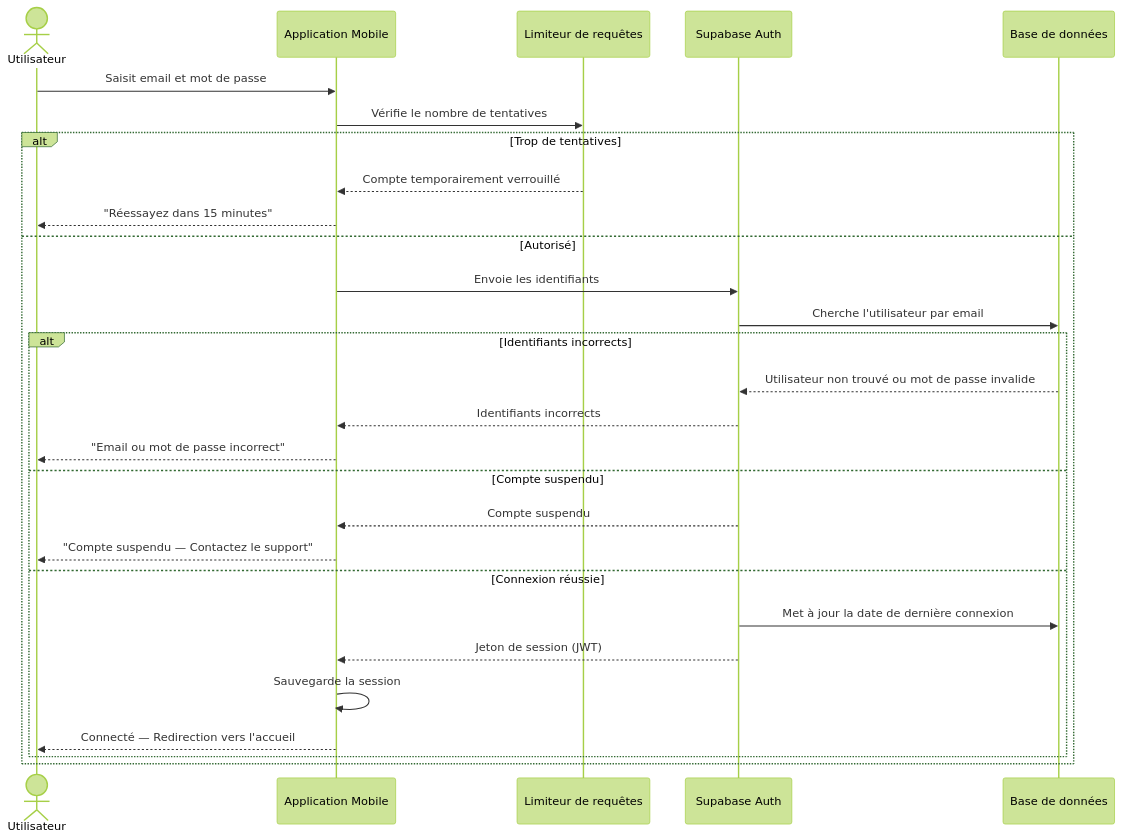
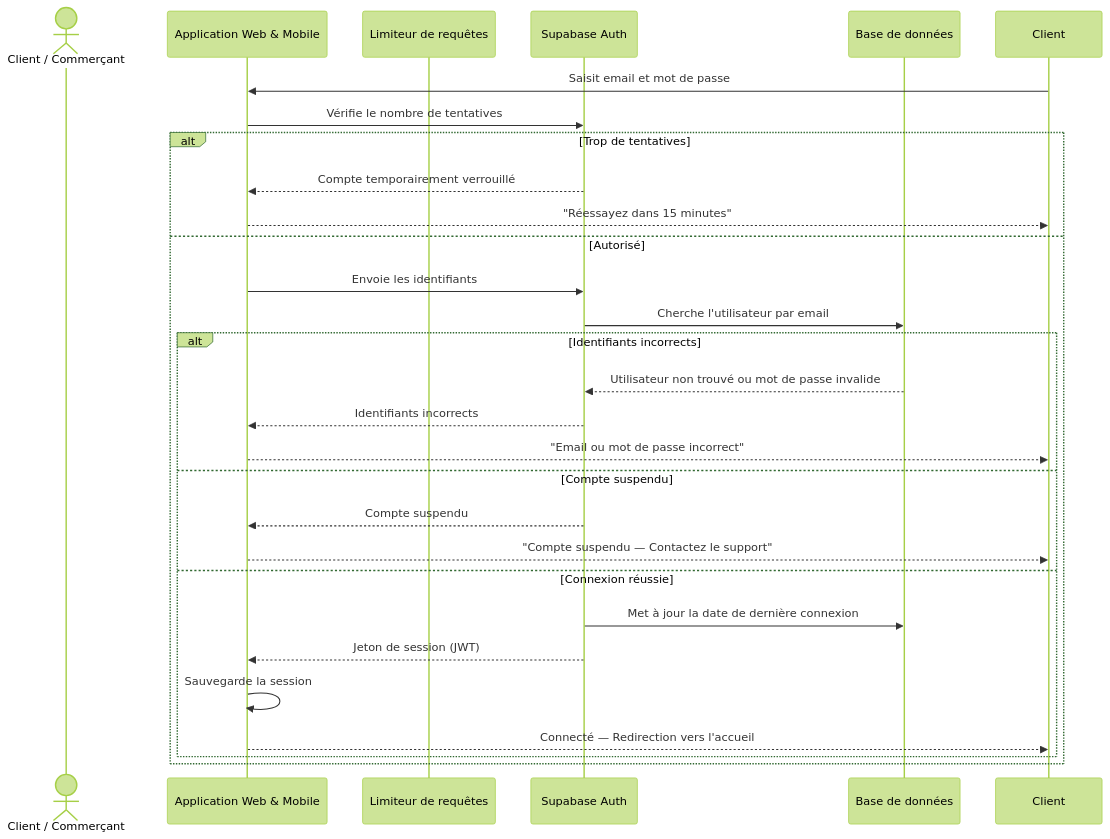
Before and after one commit to Abderrahmen1111/private-PFE-repos: the fourth of 22 diagrams in CHAPITRE3_CONCEPTION.md, drawn with Mermaid (forest theme). The commit also changed other lines of this file and 2 other files, not shown here.

Commit message:
docs: adapt sequence diagrams to Web/Mobile apps and Django SaaS Admin

````diff
--- a/CHAPITRE3_CONCEPTION.md
+++ b/CHAPITRE3_CONCEPTION.md
@@ -385,31 +385,31 @@
 ```mermaid
 sequenceDiagram
-    actor Utilisateur
-    participant Application as Application Mobile
+    actor Client / Commerçant
+    participant App as Application Web & Mobile
     participant RateLimiter as Limiteur de requêtes
     participant SupabaseAuth as Supabase Auth
     participant BD as Base de données
 
-    Utilisateur->>Application: Saisit email et mot de passe
-    Application->>RateLimiter: Vérifie le nombre de tentatives
+    Client->>App: Saisit email et mot de passe
+    App->>SupabaseAuth: Vérifie le nombre de tentatives
     alt Trop de tentatives
-        RateLimiter-->>Application: Compte temporairement verrouillé
-        Application-->>Utilisateur: "Réessayez dans 15 minutes"
+        SupabaseAuth-->>App: Compte temporairement verrouillé
+        App-->>Client: "Réessayez dans 15 minutes"
     else Autorisé
-        Application->>SupabaseAuth: Envoie les identifiants
+        App->>SupabaseAuth: Envoie les identifiants
         SupabaseAuth->>BD: Cherche l'utilisateur par email
         alt Identifiants incorrects
             BD-->>SupabaseAuth: Utilisateur non trouvé ou mot de passe invalide
-            SupabaseAuth-->>Application: Identifiants incorrects
-            Application-->>Utilisateur: "Email ou mot de passe incorrect"
+            SupabaseAuth-->>App: Identifiants incorrects
+            App-->>Client: "Email ou mot de passe incorrect"
         else Compte suspendu
-            SupabaseAuth-->>Application: Compte suspendu
-            Application-->>Utilisateur: "Compte suspendu — Contactez le support"
+            SupabaseAuth-->>App: Compte suspendu
+            App-->>Client: "Compte suspendu — Contactez le support"
         else Connexion réussie
             SupabaseAuth->>BD: Met à jour la date de dernière connexion
-            SupabaseAuth-->>Application: Jeton de session (JWT)
-            Application->>Application: Sauvegarde la session
-            Application-->>Utilisateur: Connecté — Redirection vers l'accueil
+            SupabaseAuth-->>App: Jeton de session (JWT)
+            App->>App: Sauvegarde la session
+            App-->>Client: Connecté — Redirection vers l'accueil
         end
     end
 ```
````
